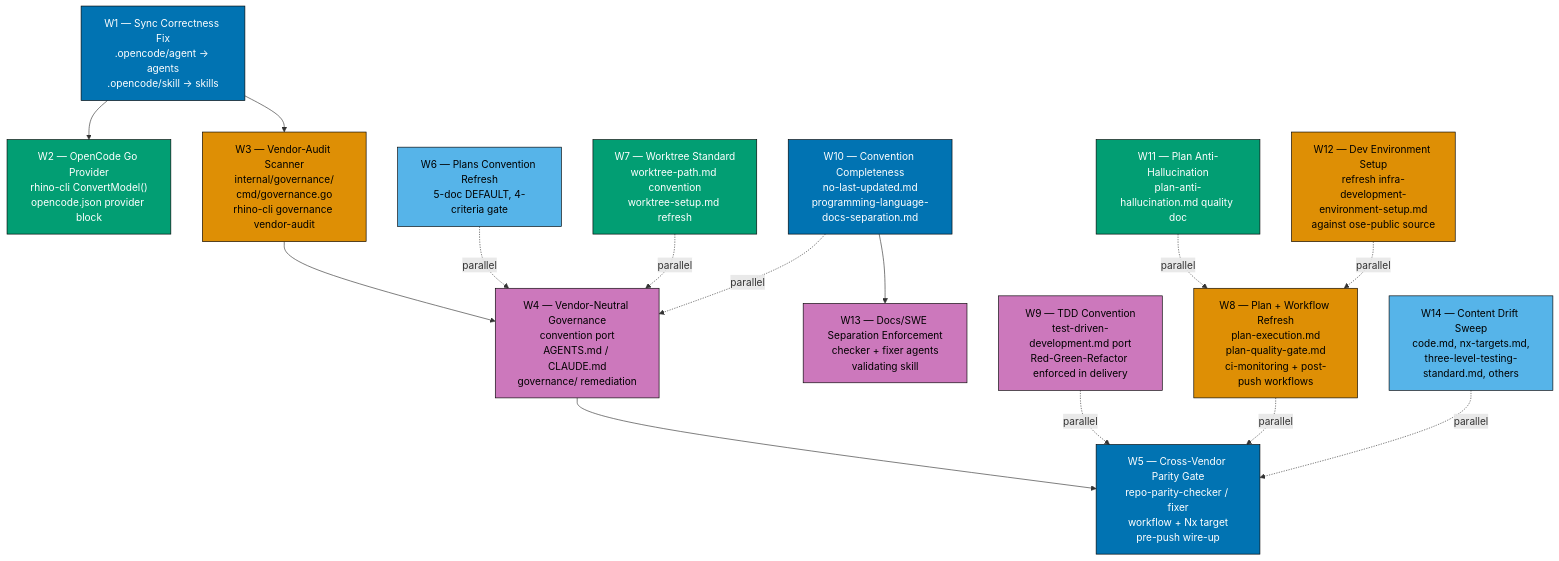
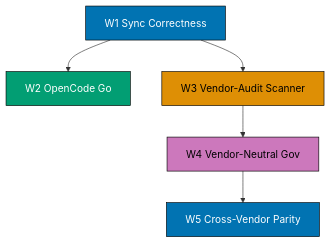
One commit to wahidyankf/ose-primer changed the first of 3 diagrams in plans/in-progress/2026-05-03__adopt-ose-public-vendor-neutrality-and-opencode-go/README.md. Above: the diagram before and after it, drawn with Mermaid. The commit also changed other lines of this file and 1 other file, not shown here.

Commit message:
docs(plans): split plan README mermaid + shorten labels under validator limits
Pre-push surfaced 10 mermaid violations from the W4 bulk vendor-neutralization
sweep:

- 9 label_too_long in plans/.../README.md (W3, W8-W14 nodes had labels
  >30 chars per line — original phrasing pre-dated the validator
  thresholds)
- 1 label_too_long in governance/development/agents/skill-context-architecture.md
  ("Inline agent skills<br/>the primary binding directory skills/" was 37
  chars after W4-4C bulk replace)
- 1 width_exceeded ("span 9 exceeds max-width 4") on the plan README's
  flat 14-node W1-W14 graph

Fixes:

- skill-context-architecture.md mermaid label shortened to fit 30-char rule
- plan README split the single 14-node graph into three smaller graphs:
  Core sequence (W1-W5), W4-companions (W6/W7/W10/W13), and
  W5-companions (W8/W9/W11/W12/W14). Each block now satisfies both the
  per-label and per-rank validator thresholds.

validate:mermaid: 0 violations across 154 files (557 blocks scanned).

````diff
--- a/plans/in-progress/2026-05-03__adopt-ose-public-vendor-neutrality-and-opencode-go/README.md
+++ b/plans/in-progress/2026-05-03__adopt-ose-public-vendor-neutrality-and-opencode-go/README.md
@@ -26,30 +28,12 @@
 ```mermaid
 flowchart TD
-    A["W1 — Sync Correctness Fix\n.opencode/agent → agents\n.opencode/skill → skills"] --> B["W2 — OpenCode Go Provider\nrhino-cli ConvertModel()\nopencode.json provider block"]
-    A --> C["W3 — Vendor-Audit Scanner\ninternal/governance/\ncmd/governance.go\nrhino-cli governance vendor-audit"]
-    C --> D["W4 — Vendor-Neutral Governance\nconvention port\nAGENTS.md / CLAUDE.md\ngovernance/ remediation"]
-    D --> E["W5 — Cross-Vendor Parity Gate\nrepo-parity-checker / fixer\nworkflow + Nx target\npre-push wire-up"]
-    F["W6 — Plans Convention Refresh\n5-doc DEFAULT, 4-criteria gate"] -.parallel.-> D
-    G["W7 — Worktree Standard\nworktree-path.md convention\nworktree-setup.md refresh"] -.parallel.-> D
-    H["W8 — Plan + Workflow Refresh\nplan-execution.md\nplan-quality-gate.md\nci-monitoring + post-push workflows"] -.parallel.-> E
-    I["W9 — TDD Convention\ntest-driven-development.md port\nRed-Green-Refactor enforced in delivery"] -.parallel.-> E
-    J["W10 — Convention Completeness\nno-last-updated.md\nprogramming-language-docs-separation.md"] -.parallel.-> D
-    K["W11 — Plan Anti-Hallucination\nplan-anti-hallucination.md quality doc"] -.parallel.-> H
-    L["W12 — Dev Environment Setup\nrefresh infra-development-environment-setup.md\nagainst ose-public source"] -.parallel.-> H
-    J --> M["W13 — Docs/SWE Separation Enforcement\nchecker + fixer agents\nvalidating skill"]
-    N["W14 — Content Drift Sweep\ncode.md, nx-targets.md,\nthree-level-testing-standard.md, others"] -.parallel.-> E
+    A["W1 Sync Correctness"] --> B["W2 OpenCode Go"]
+    A --> C["W3 Vendor-Audit Scanner"]
+    C --> D["W4 Vendor-Neutral Gov"]
+    D --> E["W5 Cross-Vendor Parity"]
     style A fill:#0173B2,stroke:#000000,color:#FFFFFF
     style B fill:#029E73,stroke:#000000,color:#FFFFFF
     style C fill:#DE8F05,stroke:#000000,color:#000000
     style D fill:#CC78BC,stroke:#000000,color:#000000
     style E fill:#0173B2,stroke:#000000,color:#FFFFFF
-    style F fill:#56B4E9,stroke:#000000,color:#000000
-    style G fill:#029E73,stroke:#000000,color:#FFFFFF
-    style H fill:#DE8F05,stroke:#000000,color:#000000
-    style I fill:#CC78BC,stroke:#000000,color:#000000
-    style J fill:#0173B2,stroke:#000000,color:#FFFFFF
-    style K fill:#029E73,stroke:#000000,color:#FFFFFF
-    style L fill:#DE8F05,stroke:#000000,color:#000000
-    style M fill:#CC78BC,stroke:#000000,color:#000000
-    style N fill:#56B4E9,stroke:#000000,color:#000000
 ```
````
